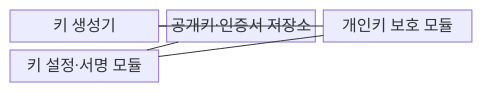
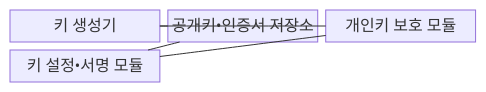
The first of 2 diagrams in src/content/docs/notes/05-security/002_asymmetric_encryption.md (agnusdei1207/knowledge-base), drawn with Mermaid before and after one commit. The commit also changed other lines of this file and 953 other files, not shown here.

````diff
--- a/src/content/docs/notes/05-security/002_asymmetric_encryption.md
+++ b/src/content/docs/notes/05-security/002_asymmetric_encryption.md
@@ -67,12 +67,12 @@
 ```mermaid
 block-beta
     columns 3
     A["키 생성기"]
-    B["공개키·인증서 저장소"]
+    B["공개키•인증서 저장소"]
     C["개인키 보호 모듈"]
-    D["키 설정·서명 모듈"]
+    D["키 설정•서명 모듈"]
     A --- B
     A --- C
     B --- D
     C --- D
 ```
````
